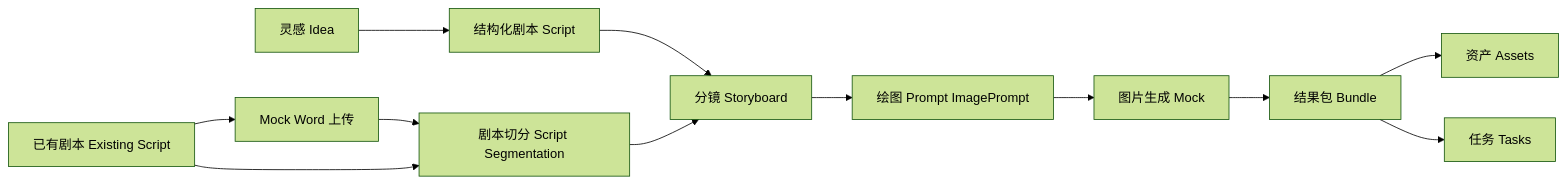
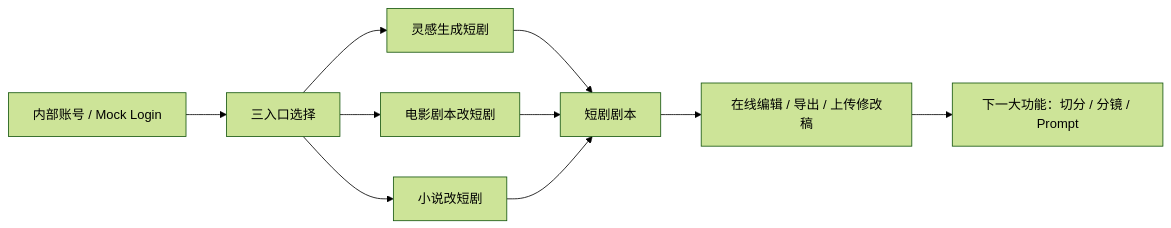
Before and after one commit to VaeSTZhang/ManJuFlow: the diagram in README.zh-CN.md, drawn with Mermaid (forest theme). The commit also changed other lines of this file and 4 other files, not shown here.

Commit message:
docs: align project homepage with three-entry script workbench

````diff
--- a/README.zh-CN.md
+++ b/README.zh-CN.md
@@ -79,14 +119,12 @@
 ```mermaid
 flowchart LR
-  Idea[灵感 Idea] --> Script[结构化剧本 Script]
-  Existing[已有剧本 Existing Script] --> Upload[Mock Word 上传]
-  Upload --> Segments[剧本切分 Script Segmentation]
-  Existing --> Segments
-  Script --> Storyboard[分镜 Storyboard]
-  Segments --> Storyboard
-  Storyboard --> Prompt[绘图 Prompt ImagePrompt]
-  Prompt --> ImageMock[图片生成 Mock]
-  ImageMock --> Bundle[结果包 Bundle]
-  Bundle --> Assets[资产 Assets]
-  Bundle --> Tasks[任务 Tasks]
+  Login[内部账号 / Mock Login] --> Entry[三入口选择]
+  Entry --> Idea[灵感生成短剧]
+  Entry --> Film[电影剧本改短剧]
+  Entry --> Novel[小说改短剧]
+  Idea --> Script[短剧剧本]
+  Film --> Script
+  Novel --> Script
+  Script --> Edit[在线编辑 / 导出 / 上传修改稿]
+  Edit --> Next[下一大功能：切分 / 分镜 / Prompt]
 ```
````
